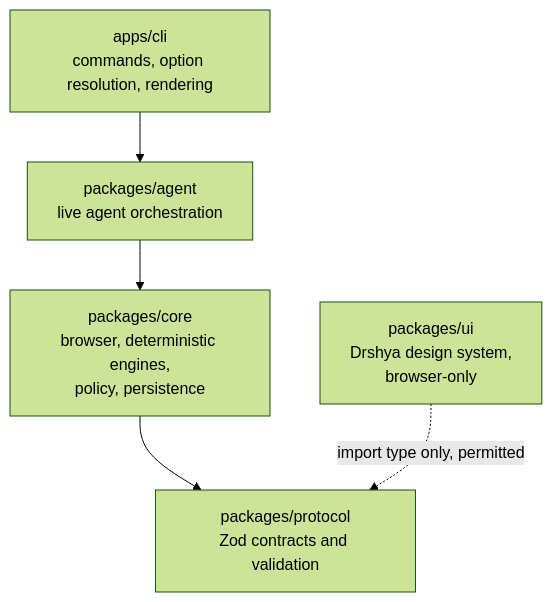
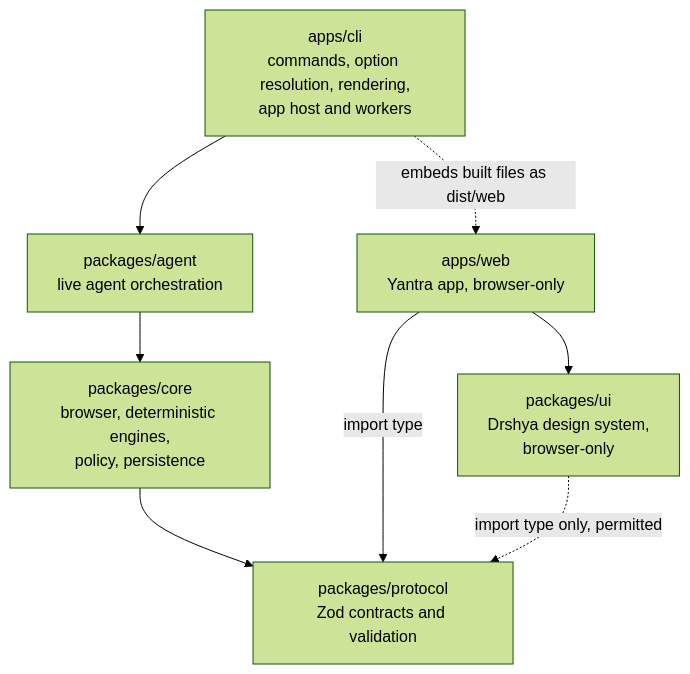
Before and after one commit to abranjith/yantra: the second of 39 diagrams in docs/architecture.md, drawn with Mermaid (forest theme). The commit also changed other lines of this file and 153 other files, not shown here.

````diff
--- a/docs/architecture.md
+++ b/docs/architecture.md
@@ -67,11 +78,15 @@
 ```mermaid
 flowchart TD
-  CLI[apps/cli<br/>commands, option resolution, rendering]
+  CLI[apps/cli<br/>commands, option resolution, rendering,<br/>app host and workers]
   Agent[packages/agent<br/>live agent orchestration]
   Core[packages/core<br/>browser, deterministic engines,<br/>policy, persistence]
   Protocol[packages/protocol<br/>Zod contracts and validation]
+  Web[apps/web<br/>Yantra app, browser-only]
   UI[packages/ui<br/>Drshya design system,<br/>browser-only]
 
   CLI --> Agent --> Core --> Protocol
+  Web --> UI
+  Web -->|import type| Protocol
   UI -.->|import type only, permitted| Protocol
+  CLI -.->|embeds built files as dist/web| Web
 ```
````
